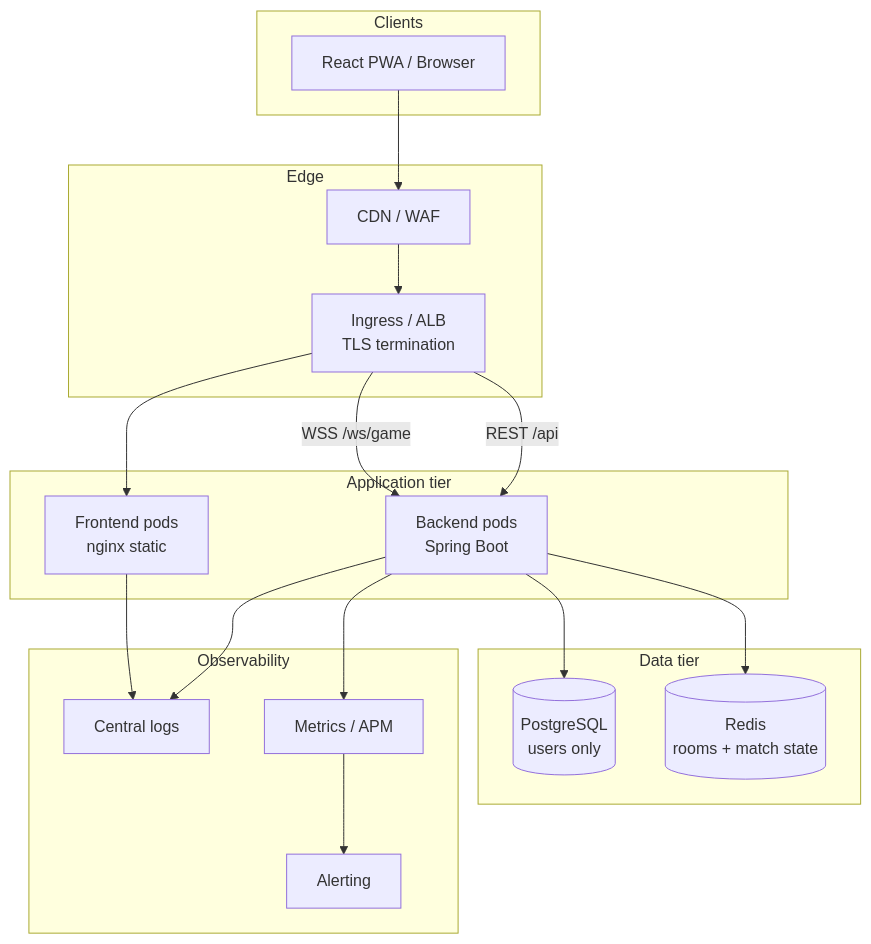
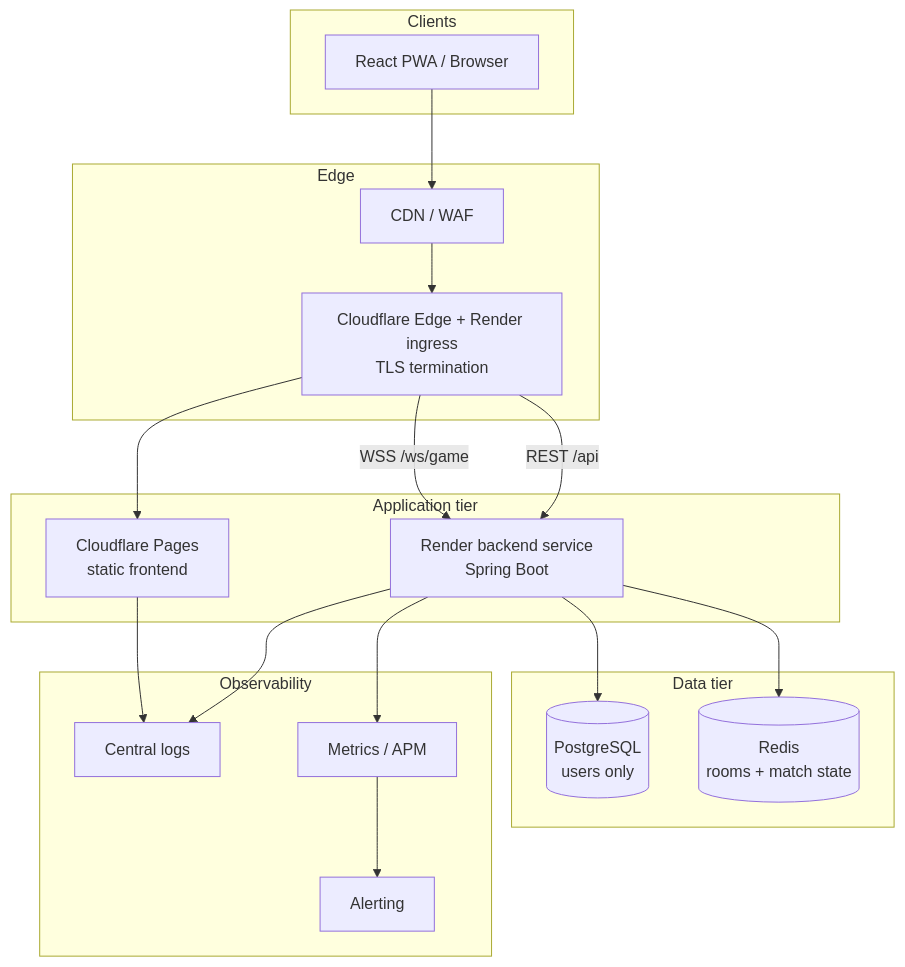
One commit to anurag-026/CricketLeague changed the diagram in deploy/ARCHITECTURE.md. Above: the diagram before and after it, drawn with Mermaid. The commit also changed other lines of this file and 13 other files, not shown here.

````diff
--- a/deploy/ARCHITECTURE.md
+++ b/deploy/ARCHITECTURE.md
@@ -7,38 +7,38 @@
 ```mermaid
 flowchart TB
   subgraph clients [Clients]
     PWA[React PWA / Browser]
   end
 
   subgraph edge [Edge]
     CDN[CDN / WAF]
-    ING[Ingress / ALB<br/>TLS termination]
+    ING[Cloudflare Edge + Render ingress<br/>TLS termination]
   end
 
   subgraph app [Application tier]
-    FE[Frontend pods<br/>nginx static]
-    API[Backend pods<br/>Spring Boot]
+    FE[Cloudflare Pages<br/>static frontend]
+    API[Render backend service<br/>Spring Boot]
   end
 
   subgraph data [Data tier]
     PG[(PostgreSQL<br/>users only)]
     RD[(Redis<br/>rooms + match state)]
   end
 
   subgraph obs [Observability]
     LOG[Central logs]
     MET[Metrics / APM]
     ALT[Alerting]
   end
 
   PWA --> CDN --> ING
   ING --> FE
   ING -->|REST /api| API
   ING -->|WSS /ws/game| API
   API --> PG
   API --> RD
   API --> LOG
   API --> MET
   FE --> LOG
   MET --> ALT
 ```
````
